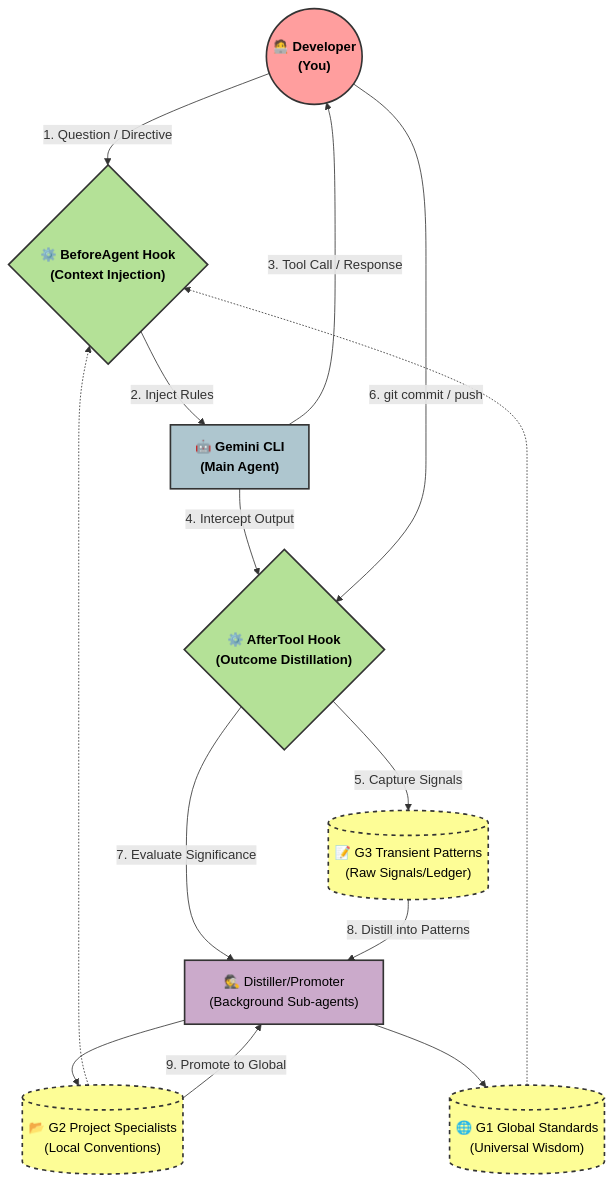
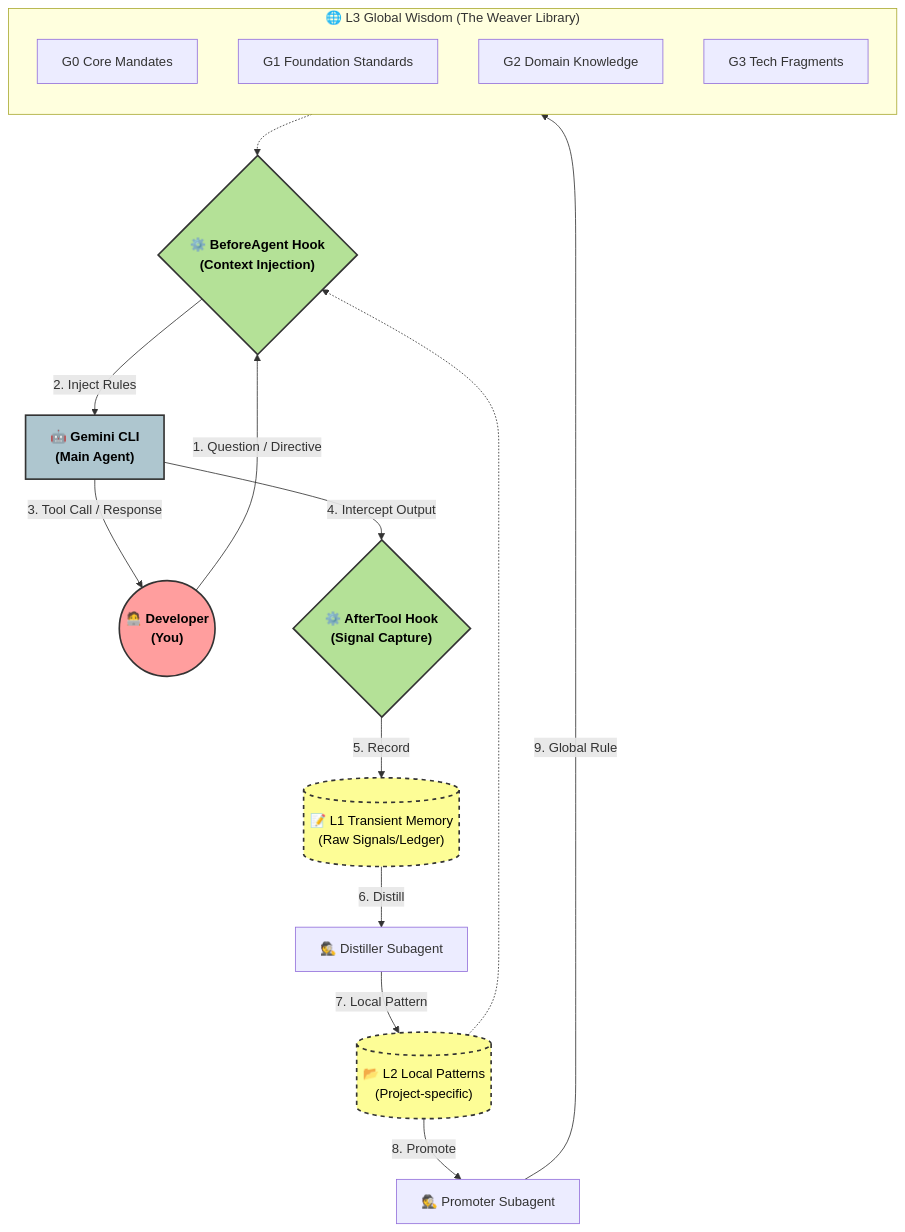
Before and after one commit to Biogod2020/ASSA: the first of 2 diagrams in README.md, drawn with Mermaid. The commit also changed other lines of this file and 1 other file, not shown here.

Commit message:
docs: finalize architecture diagrams and text with L1-L3 evolutionary model and G0-G3 global hierarchy

````diff
--- a/README.md
+++ b/README.md
@@ -19,43 +19,46 @@
 ```mermaid
 flowchart TD
     %% Define Styles
     classDef userNode fill:#FF9E9E,stroke:#333,stroke-width:2px,color:#000,font-weight:bold
     classDef geminiNode fill:#AEC6CF,stroke:#333,stroke-width:2px,color:#000,font-weight:bold
     classDef assaNode fill:#B4E197,stroke:#333,stroke-width:2px,color:#000,font-weight:bold
     classDef memoryNode fill:#FDFD96,stroke:#333,stroke-width:2px,color:#000,stroke-dasharray: 5 5
-    classDef subAgentNode fill:#CBAACB,stroke:#333,stroke-width:2px,color:#000
+    classDef globalNode fill:#85C1E9,stroke:#333,stroke-width:2px,color:#000
 
     %% Nodes
     User(("🧑‍💻 Developer<br/>(You)")):::userNode
     Gemini["🤖 Gemini CLI<br/>(Main Agent)"]:::geminiNode
     Hook_Before{"⚙️ BeforeAgent Hook<br/>(Context Injection)"}:::assaNode
-    Hook_After{"⚙️ AfterTool Hook<br/>(Outcome Distillation)"}:::assaNode
+    Hook_After{"⚙️ AfterTool Hook<br/>(Signal Capture)"}:::assaNode
     
-    Mem_G3[("📝 G3 Transient Patterns<br/>(Raw Signals/Ledger)")]:::memoryNode
-    Mem_G2[("📂 G2 Project Specialists<br/>(Local Conventions)")]:::memoryNode
-    Mem_G1[("🌐 G1 Global Standards<br/>(Universal Wisdom)")]:::memoryNode
+    Mem_L1[("📝 L1 Transient Memory<br/>(Raw Signals/Ledger)")]:::memoryNode
+    Mem_L2[("📂 L2 Local Patterns<br/>(Project-specific)")]:::memoryNode
     
-    SubAgent["🕵️ Distiller/Promoter<br/>(Background Sub-agents)"]:::subAgentNode
+    subgraph L3 ["🌐 L3 Global Wisdom (The Weaver Library)"]
+        direction TB
+        G0["G0 Core Mandates"]
+        G1["G1 Foundation Standards"]
+        G2["G2 Domain Knowledge"]
+        G3["G3 Tech Fragments"]
+    end
+    class L3 globalNode
+
+    Sub_Distill["🕵️ Distiller Subagent"]
+    Sub_Promote["🕵️ Promoter Subagent"]
 
     %% Flow: Normal Conversation
     User -- "1. Question / Directive" --> Hook_Before
     Hook_Before -- "2. Inject Rules" --> Gemini
-    Mem_G2 -.-> Hook_Before
-    Mem_G1 -.-> Hook_Before
+    Mem_L2 -.-> Hook_Before
+    L3 -.-> Hook_Before
 
     Gemini -- "3. Tool Call / Response" --> User
     Gemini -- "4. Intercept Output" --> Hook_After
     
-    %% Flow: Reflex Evolution
-    Hook_After -- "5. Capture Signals" --> Mem_G3
-    
-    %% Flow: Deep Evolution
-    User -- "6. git commit / push" --> Hook_After
-    Hook_After -- "7. Evaluate Significance" --> SubAgent
-    
-    %% The Sequential Chain
-    Mem_G3 -- "8. Distill into Patterns" --> SubAgent
-    SubAgent --> Mem_G2
-    Mem_G2 -- "9. Promote to Global" --> SubAgent
-    SubAgent --> Mem_G1
+    %% Flow: Evolution Chain
+    Hook_After -- "5. Record" --> Mem_L1
+    Mem_L1 -- "6. Distill" --> Sub_Distill
+    Sub_Distill -- "7. Local Pattern" --> Mem_L2
+    Mem_L2 -- "8. Promote" --> Sub_Promote
+    Sub_Promote -- "9. Global Rule" --> L3
 ```
````
